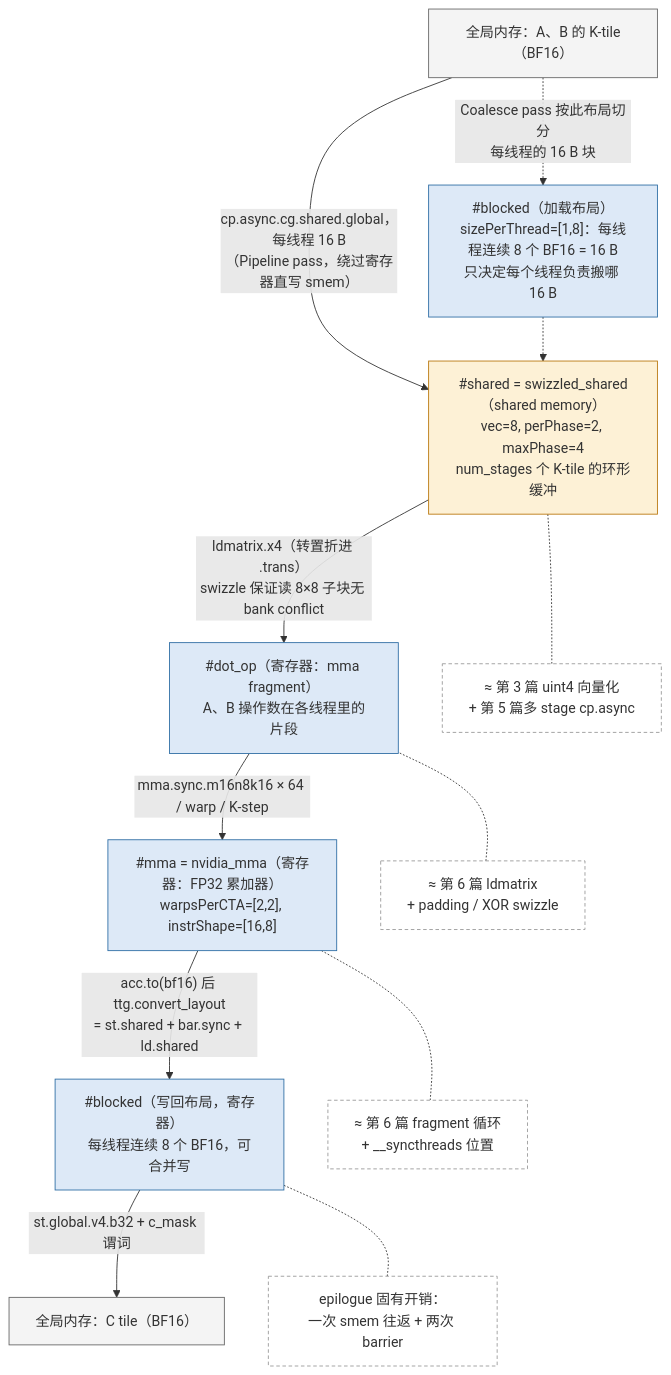
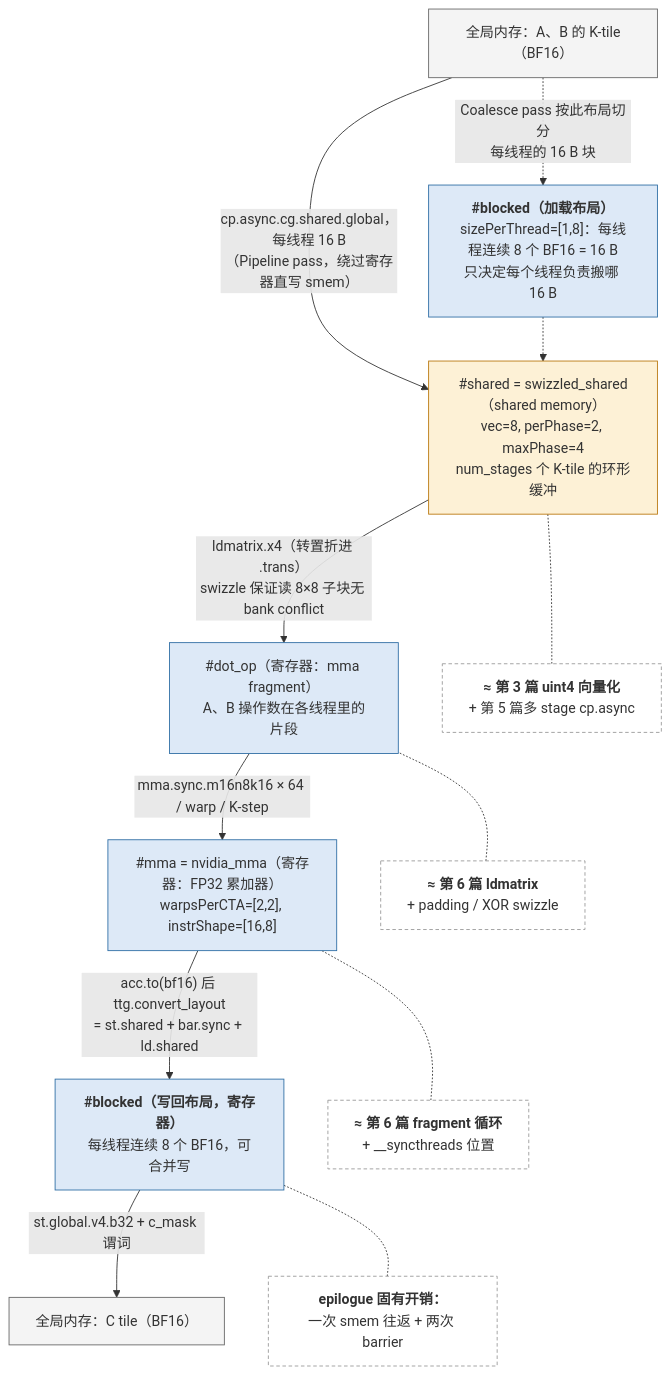
The third of 4 diagrams in _posts/2026-05-17-triton-block-level-programming.md (arganzheng/arganzheng.github.com), drawn with Mermaid before and after one commit. The commit also changed other lines of this file and 10 other files, not shown here.

First line of the commit message:
GPU Kernel 工程：从 CUDA 执行模型到 FlashAttention：Mermaid 多行方框的首行标为标题（11 篇）

````diff
--- a/_posts/2026-05-17-triton-block-level-programming.md
+++ b/_posts/2026-05-17-triton-block-level-programming.md
@@ -558,41 +558,41 @@
 ```mermaid
 %% 图：一个 K 迭代里的 layout 流转：#blocked 加载、#shared 环形缓冲、#dot_op fragment、#mma 累加器、再经 #blocked 写回
 flowchart TB
     gA["全局内存：A、B 的 K-tile（BF16）"]
-    blk["#blocked（加载布局）<br/>sizePerThread=#91;1,8#93;：每线程连续 8 个 BF16 = 16 B<br/>只决定每个线程负责搬哪 16 B"]
+    blk["<b>#blocked（加载布局）</b><br/>sizePerThread=#91;1,8#93;：每线程连续 8 个 BF16 = 16 B<br/>只决定每个线程负责搬哪 16 B"]
     shr["#shared = swizzled_shared（shared memory）<br/>vec=8, perPhase=2, maxPhase=4<br/>num_stages 个 K-tile 的环形缓冲"]
     dop["#dot_op（寄存器：mma fragment）<br/>A、B 操作数在各线程里的片段"]
     mma["#mma = nvidia_mma（寄存器：FP32 累加器）<br/>warpsPerCTA=#91;2,2#93;, instrShape=#91;16,8#93;"]
-    blk2["#blocked（写回布局，寄存器）<br/>每线程连续 8 个 BF16，可合并写"]
+    blk2["<b>#blocked（写回布局，寄存器）</b><br/>每线程连续 8 个 BF16，可合并写"]
     gC["全局内存：C tile（BF16）"]
 
     gA -- "cp.async.cg.shared.global，每线程 16 B<br/>（Pipeline pass，绕过寄存器直写 smem）" --> shr
     gA -. "Coalesce pass 按此布局切分<br/>每线程的 16 B 块" .-> blk
     blk -.-> shr
     shr -- "ldmatrix.x4（转置折进 .trans）<br/>swizzle 保证读 8×8 子块无 bank conflict" --> dop
     dop -- "mma.sync.m16n8k16 × 64 / warp / K-step" --> mma
     mma -- "acc.to(bf16) 后 ttg.convert_layout<br/>= st.shared + bar.sync + ld.shared" --> blk2
     blk2 -- "st.global.v4.b32 + c_mask 谓词" --> gC
 
-    n1["≈ 第 3 篇 uint4 向量化<br/>+ 第 5 篇多 stage cp.async"]
-    n2["≈ 第 6 篇 ldmatrix<br/>+ padding / XOR swizzle"]
-    n3["≈ 第 6 篇 fragment 循环<br/>+ __syncthreads 位置"]
-    n4["epilogue 固有开销：<br/>一次 smem 往返 + 两次 barrier"]
+    n1["<b>≈ 第 3 篇 uint4 向量化</b><br/>+ 第 5 篇多 stage cp.async"]
+    n2["<b>≈ 第 6 篇 ldmatrix</b><br/>+ padding / XOR swizzle"]
+    n3["<b>≈ 第 6 篇 fragment 循环</b><br/>+ __syncthreads 位置"]
+    n4["<b>epilogue 固有开销：</b><br/>一次 smem 往返 + 两次 barrier"]
     shr ~~~ n1
     dop ~~~ n2
     mma ~~~ n3
     blk2 ~~~ n4
     n1 -.- shr
     n2 -.- dop
     n3 -.- mma
     n4 -.- blk2
 
     classDef gmem fill:#f4f4f4,stroke:#666
     classDef smem fill:#fdf1d6,stroke:#b9770e
     classDef reg fill:#dde9f7,stroke:#2e6da4
     classDef note fill:#ffffff,stroke:#999,stroke-dasharray: 4 3
     class gA,gC gmem
     class shr smem
     class blk,dop,mma,blk2 reg
     class n1,n2,n3,n4 note
 ```
````
